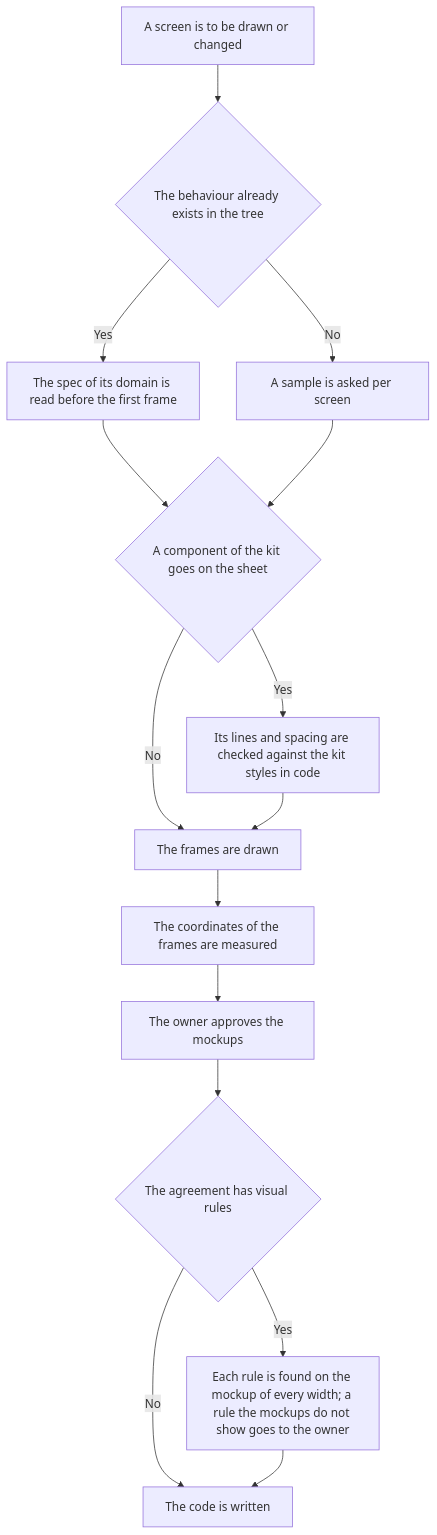
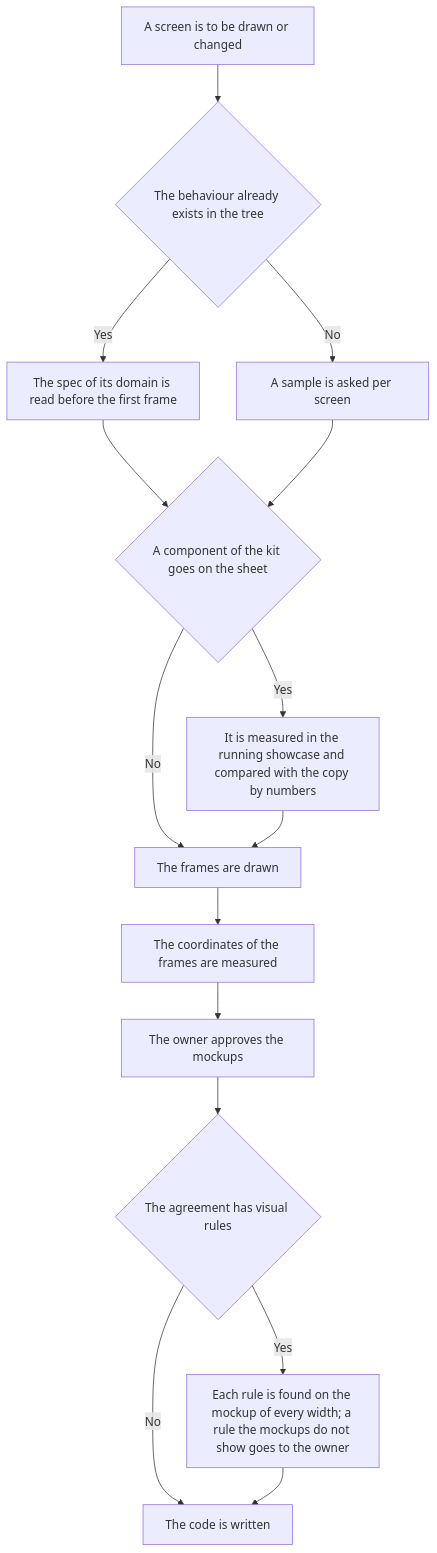
The diagram in .claude/skills/mockups/SKILL.md (Eyhenij/rt-tools), drawn with Mermaid before and after one commit. The commit also changed other lines of this file and 2 other files, not shown here.

First line of the commit message:
docs(rt:agent-kit): копию кита в макете мерят по запущенной витрине

````diff
--- a/.claude/skills/mockups/SKILL.md
+++ b/.claude/skills/mockups/SKILL.md
@@ -35,17 +35,17 @@
 ```mermaid
 flowchart TD
     A[A screen is to be drawn or changed] --> B{The behaviour already exists in the tree}
     B -->|Yes| C[The spec of its domain is read before the first frame]
     B -->|No| D[A sample is asked per screen]
     C --> E{A component of the kit goes on the sheet}
     D --> E
-    E -->|Yes| F[Its lines and spacing are checked against the kit styles in code]
+    E -->|Yes| F[It is measured in the running showcase and compared with the copy by numbers]
     E -->|No| G[The frames are drawn]
     F --> G
     G --> H[The coordinates of the frames are measured]
     H --> I[The owner approves the mockups]
     I --> J{The agreement has visual rules}
     J -->|Yes| K[Each rule is found on the mockup of every width; a rule the mockups do not show goes to the owner]
     J -->|No| L[The code is written]
     K --> L
 ```
````
